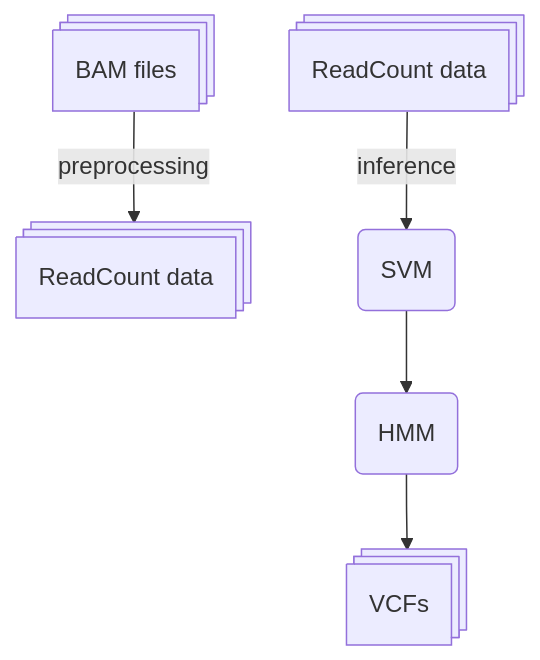
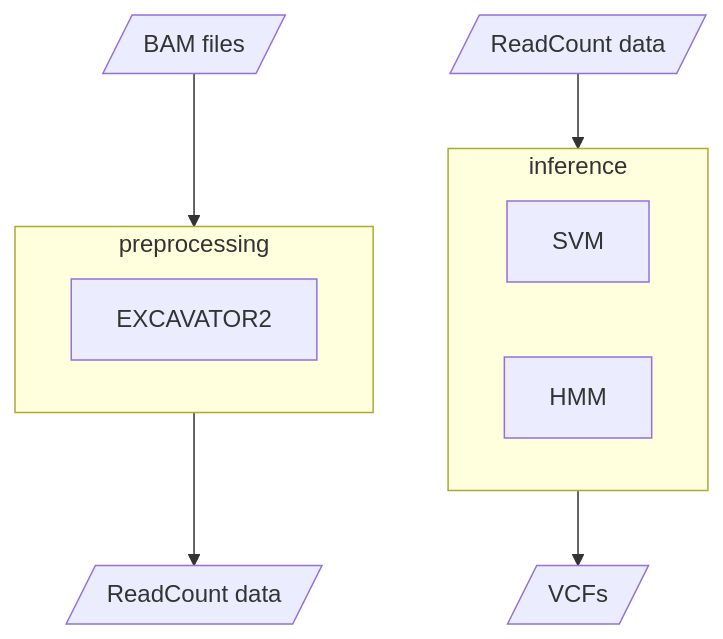
The diagram in README.md (ctglab/miXer), drawn with Mermaid before and after one commit. The commit also changed other lines of this file, not shown here.

````diff
--- a/README.md
+++ b/README.md
@@ -9,5 +9,13 @@
 ```mermaid
 flowchart TD
-    A@{ shape: processes, label: "BAM files" } -- preprocessing --> B@{ shape: processes, label: "ReadCount data" }
-    C@{ shape: processes, label: "ReadCount data" } -- inference --> id4(SVM) --> id5(HMM) --> D@{ shape: processes, label: "VCFs" }
+    subgraph A_PREPROC["preprocessing"]
+        EXC2["EXCAVATOR2"]
+    end
+    subgraph B_INFER["inference"]
+        SVM["SVM"]
+        HMM["HMM"]
+    end
+
+    A[/"BAM files"/] --> A_PREPROC --> B[/"ReadCount data"/]
+    C[/"ReadCount data"/] --> B_INFER --> D[/"VCFs"/]
 ```
````
